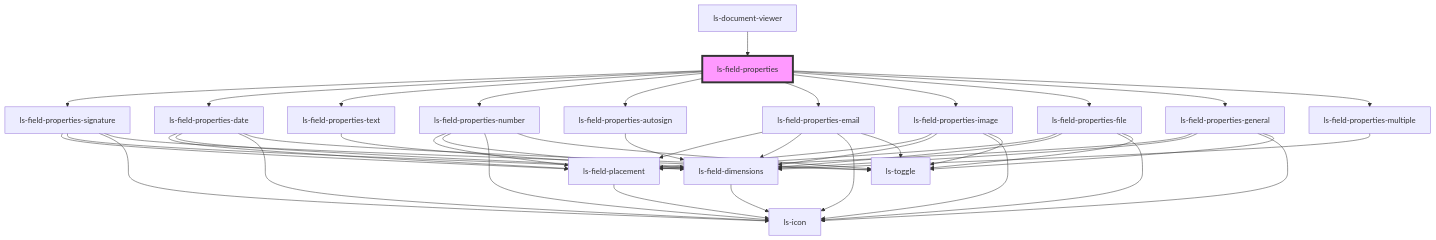
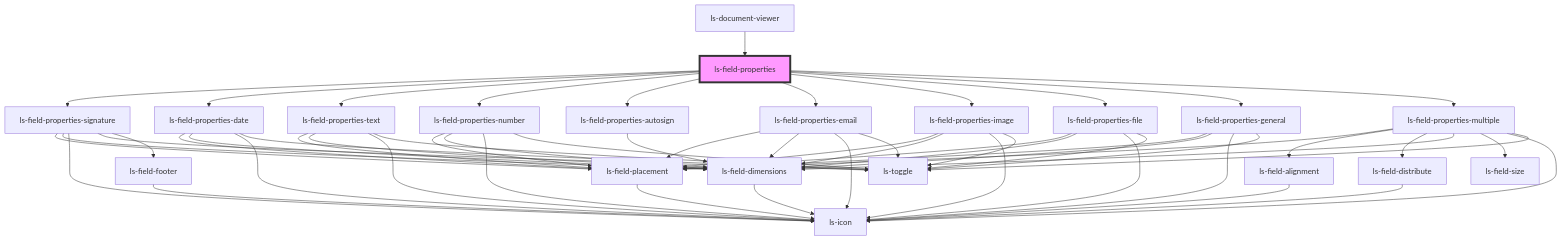
Before and after one commit to legalesign/ls-document-viewer: the diagram in src/components/ls-field-properties/readme.md, drawn with Mermaid. The commit also changed 21 other files, not shown here.

````diff
--- a/src/components/ls-field-properties/readme.md
+++ b/src/components/ls-field-properties/readme.md
@@ -35,48 +35,61 @@
 ```mermaid
 graph TD;
   ls-field-properties --> ls-field-properties-signature
   ls-field-properties --> ls-field-properties-date
   ls-field-properties --> ls-field-properties-text
   ls-field-properties --> ls-field-properties-number
   ls-field-properties --> ls-field-properties-autosign
   ls-field-properties --> ls-field-properties-email
   ls-field-properties --> ls-field-properties-image
   ls-field-properties --> ls-field-properties-file
   ls-field-properties --> ls-field-properties-general
   ls-field-properties --> ls-field-properties-multiple
   ls-field-properties-signature --> ls-field-placement
   ls-field-properties-signature --> ls-field-dimensions
   ls-field-properties-signature --> ls-icon
   ls-field-properties-signature --> ls-toggle
+  ls-field-properties-signature --> ls-field-footer
   ls-field-placement --> ls-icon
   ls-field-dimensions --> ls-icon
+  ls-field-footer --> ls-icon
   ls-field-properties-date --> ls-field-placement
   ls-field-properties-date --> ls-field-dimensions
   ls-field-properties-date --> ls-icon
   ls-field-properties-date --> ls-toggle
+  ls-field-properties-text --> ls-field-placement
   ls-field-properties-text --> ls-field-dimensions
+  ls-field-properties-text --> ls-icon
+  ls-field-properties-text --> ls-toggle
   ls-field-properties-number --> ls-field-placement
   ls-field-properties-number --> ls-field-dimensions
   ls-field-properties-number --> ls-icon
   ls-field-properties-number --> ls-toggle
   ls-field-properties-autosign --> ls-field-dimensions
   ls-field-properties-email --> ls-field-placement
   ls-field-properties-email --> ls-field-dimensions
   ls-field-properties-email --> ls-icon
   ls-field-properties-email --> ls-toggle
   ls-field-properties-image --> ls-field-placement
   ls-field-properties-image --> ls-field-dimensions
   ls-field-properties-image --> ls-icon
   ls-field-properties-image --> ls-toggle
   ls-field-properties-file --> ls-field-placement
   ls-field-properties-file --> ls-field-dimensions
   ls-field-properties-file --> ls-icon
   ls-field-properties-file --> ls-toggle
   ls-field-properties-general --> ls-field-placement
   ls-field-properties-general --> ls-field-dimensions
   ls-field-properties-general --> ls-icon
   ls-field-properties-general --> ls-toggle
+  ls-field-properties-multiple --> ls-field-placement
+  ls-field-properties-multiple --> ls-field-alignment
+  ls-field-properties-multiple --> ls-field-distribute
   ls-field-properties-multiple --> ls-field-dimensions
+  ls-field-properties-multiple --> ls-field-size
+  ls-field-properties-multiple --> ls-icon
+  ls-field-properties-multiple --> ls-toggle
+  ls-field-alignment --> ls-icon
+  ls-field-distribute --> ls-icon
   ls-document-viewer --> ls-field-properties
   style ls-field-properties fill:#f9f,stroke:#333,stroke-width:4px
 ```
````
